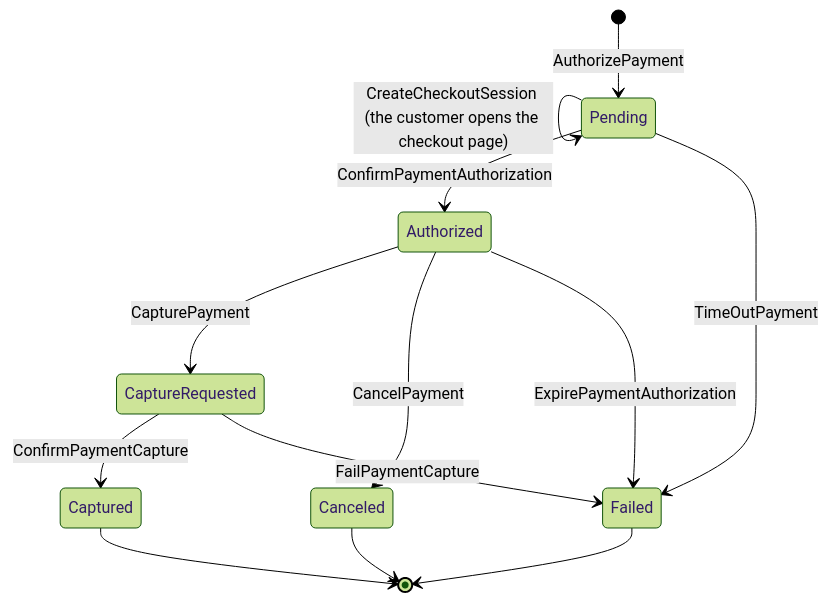
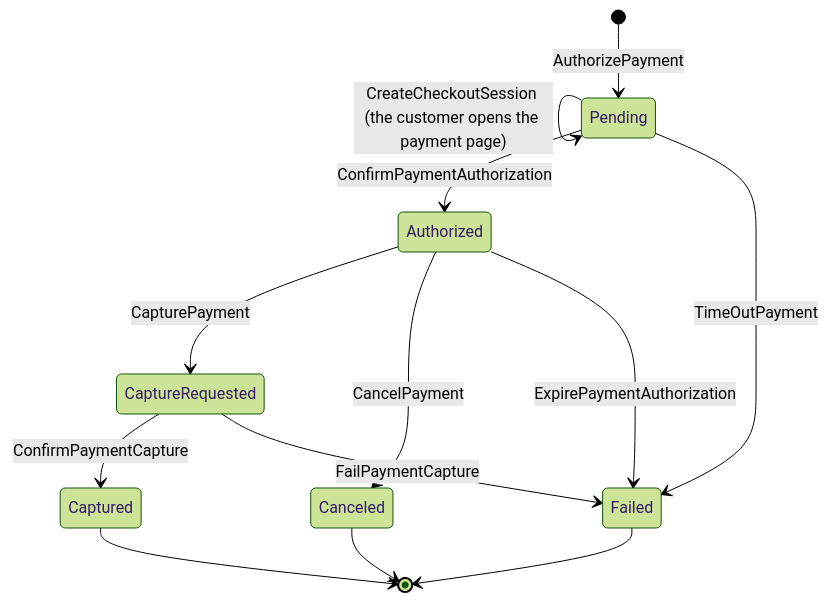
The first of 5 diagrams in samples/distributed-processes/README.md (oskardudycz/EventSourcing.JVM), drawn with Mermaid (forest theme) before and after one commit. The commit also changed other lines of this file and 124 other files, not shown here.

Commit message:
Added the how to and improved the example flow

````diff
--- a/samples/distributed-processes/README.md
+++ b/samples/distributed-processes/README.md
@@ -233,15 +263,15 @@
 ```mermaid
 stateDiagram-v2
     [*] --> Pending: AuthorizePayment
-    Pending --> Pending: CreateCheckoutSession (the customer opens the checkout page)
+    Pending --> Pending: CreateCheckoutSession (the customer opens the payment page)
     Pending --> Authorized: ConfirmPaymentAuthorization
     Pending --> Failed: TimeOutPayment
     Authorized --> CaptureRequested: CapturePayment
     Authorized --> Canceled: CancelPayment
     Authorized --> Failed: ExpirePaymentAuthorization
     CaptureRequested --> Captured: ConfirmPaymentCapture
     CaptureRequested --> Failed: FailPaymentCapture
     Captured --> [*]
     Canceled --> [*]
     Failed --> [*]
 ```
````
